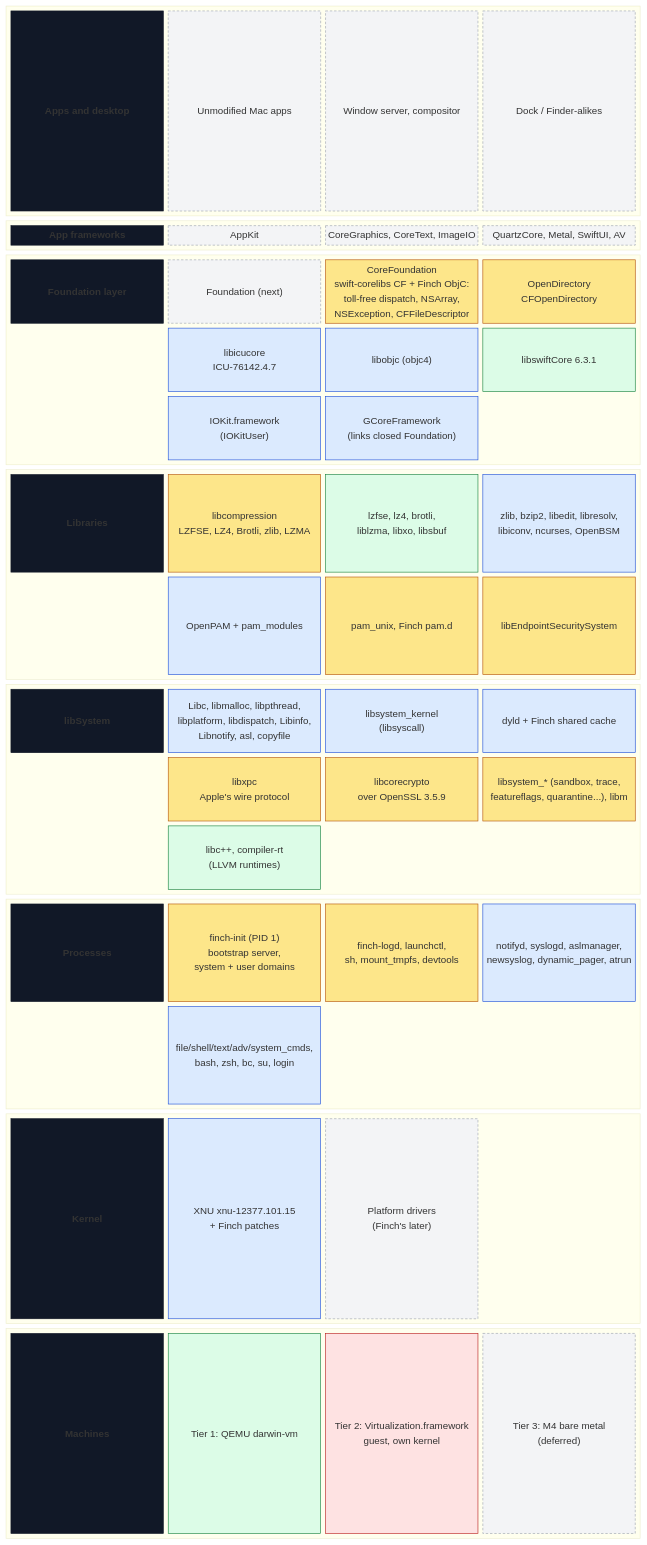
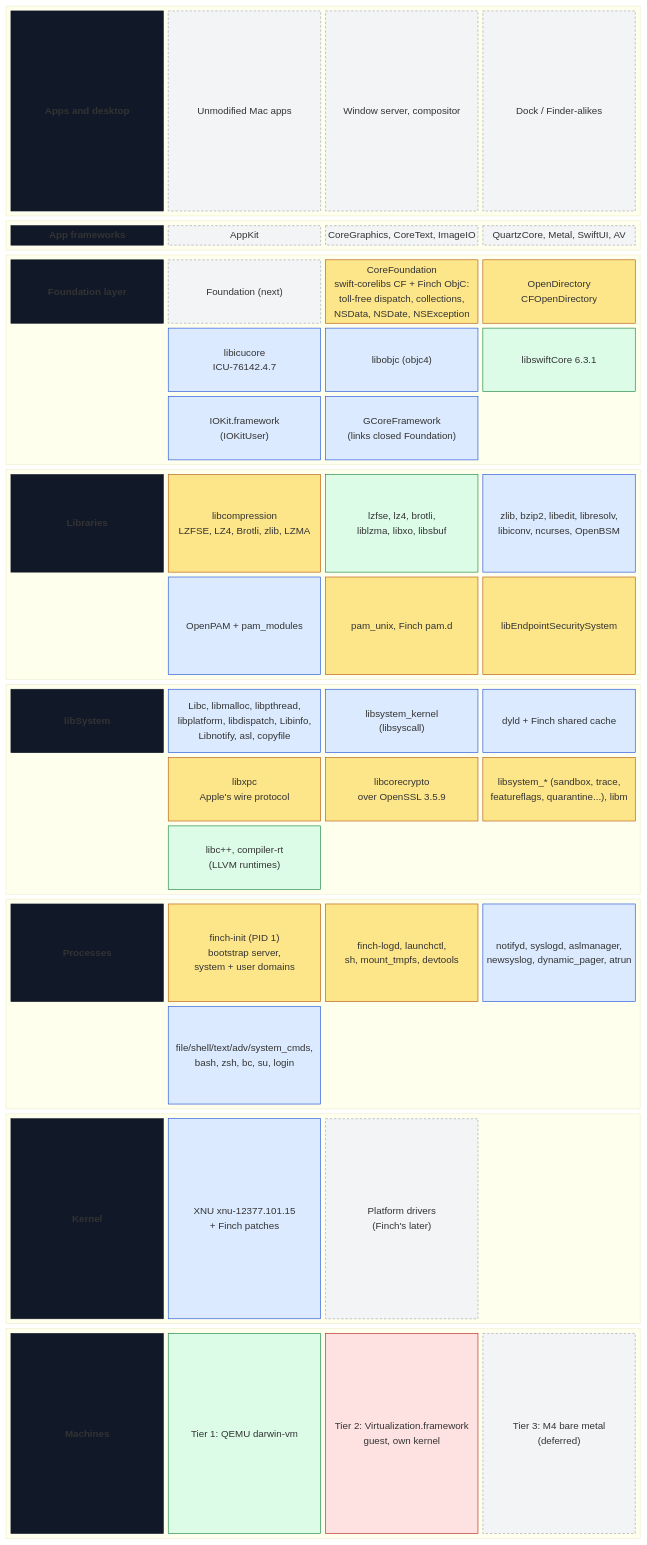
One commit to calebtrueman/finch changed the first of 2 diagrams in docs/STACK.md. Above: the diagram before and after it, drawn with Mermaid. The commit also changed other lines of this file and 12 other files, not shown here.

First line of the commit message:
CoreFoundation hosts NSDictionary, NSSet, NSData and NSDate

```diff
--- a/docs/STACK.md
+++ b/docs/STACK.md
@@ -31,7 +31,7 @@
         columns 4
         t5["Foundation layer"]
         foundation["Foundation (next)"]
-        cf["CoreFoundation<br/>swift-corelibs CF + Finch ObjC:<br/>toll-free dispatch, NSArray,<br/>NSException, CFFileDescriptor"]
+        cf["CoreFoundation<br/>swift-corelibs CF + Finch ObjC:<br/>toll-free dispatch, collections,<br/>NSData, NSDate, NSException"]
         od["OpenDirectory<br/>CFOpenDirectory"]
         space5[" "]
         icu["libicucore<br/>ICU-76142.4.7"]
```
